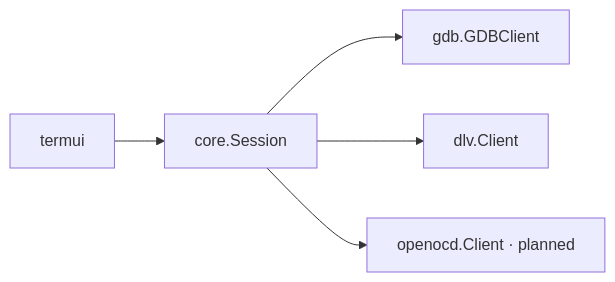
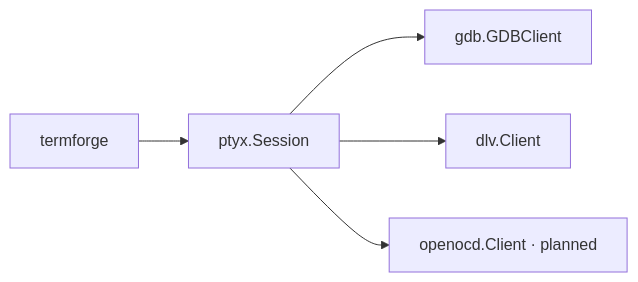
Before and after one commit to yairgd/gdbforge: the eighth of 8 diagrams in docs/DEBUGGER_INTEGRATION.md, drawn with Mermaid. The commit also changed other lines of this file and 267 other files, not shown here.

````diff
--- a/docs/DEBUGGER_INTEGRATION.md
+++ b/docs/DEBUGGER_INTEGRATION.md
@@ -823,13 +823,13 @@
 ```mermaid
 flowchart LR
-    UI["termui"]
-    Core["core.Session"]
+    UI["termforge"]
+    Core["ptyx.Session"]
     GDB["gdb.GDBClient"]
     DLV["dlv.Client"]
     OOCD["openocd.Client · planned"]
 
     UI --> Core
     Core --> GDB
     Core --> DLV
     Core --> OOCD
 ```
````
